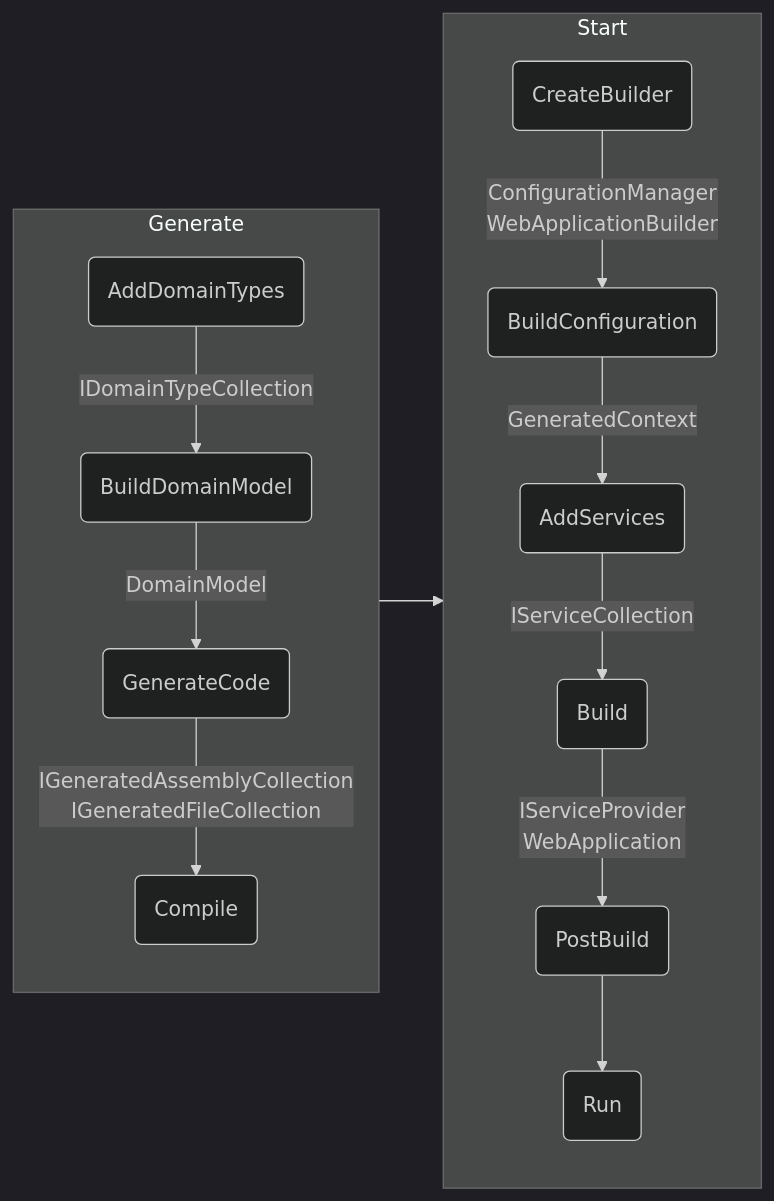
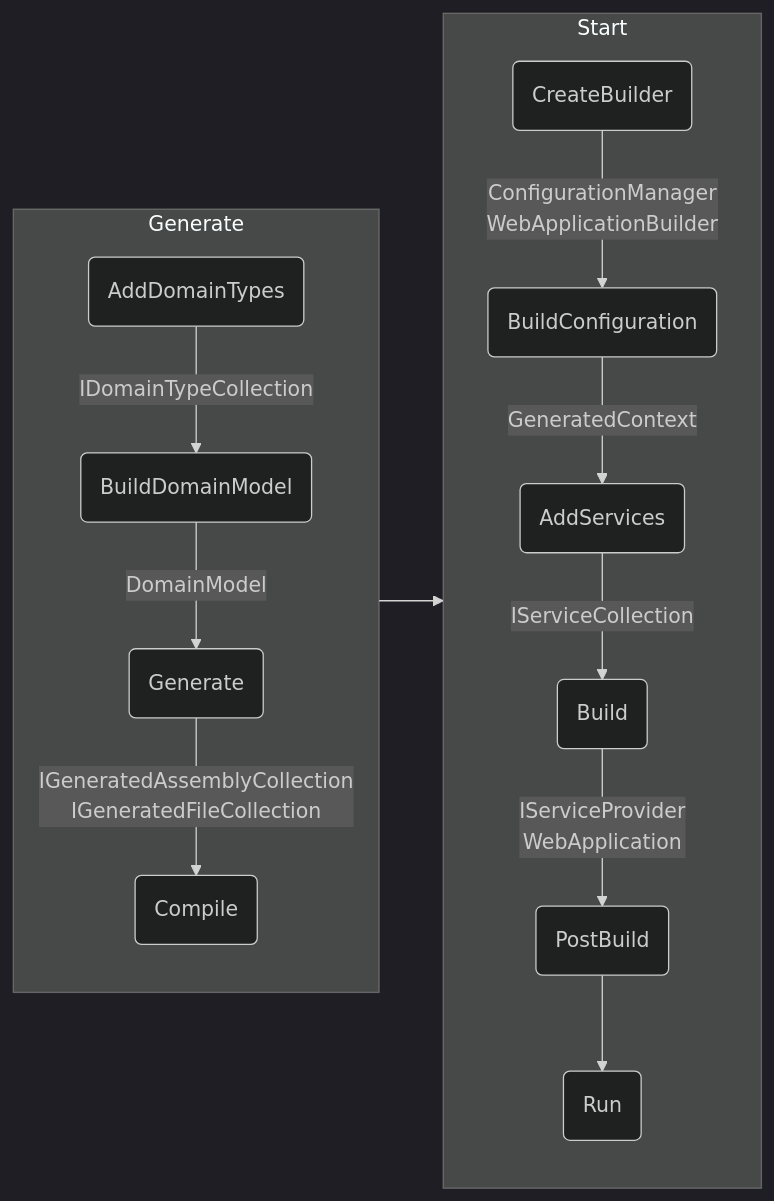
The diagram in docs/recipes/monolith.md (dncsvr/baked), drawn with Mermaid (dark theme) before and after one commit. The commit also changed 6 other files, not shown here.

Commit message:
fix generate code phase renaming in docs

````diff
--- a/docs/recipes/monolith.md
+++ b/docs/recipes/monolith.md
@@ -106,31 +106,30 @@
 ```mermaid
 flowchart LR;
+  subgraph Generate
+    AD(AddDomainTypes)
+    BD(BuildDomainModel)
+    G(Generate)
+    C(Compile)
 
-    subgraph Generate
-      AD(AddDomainTypes)
-      BD(BuildDomainModel)
-      GC(GenerateCode)
-      C(Compile)
+    AD -->|IDomainTypeCollection| BD
+    BD -->|DomainModel| G
+    G -->|IGeneratedAssemblyCollection<br/>IGeneratedFileCollection| C
+  end
 
-      AD -->|IDomainTypeCollection| BD
-      BD -->|DomainModel| GC
-      GC -->|IGeneratedAssemblyCollection<br/>IGeneratedFileCollection| C
-    end
+  subgraph Start
+    CB(CreateBuilder)
+    BC(BuildConfiguration)
+    AS(AddServices)
+    B(Build)
+    PB(PostBuild)
+    R(Run)
 
-    subgraph Start
-      CB(CreateBuilder)
-      BC(BuildConfiguration)
-      AS(AddServices)
-      B(Build)
-      PB(PostBuild)
-      R(Run)
+    CB -->|ConfigurationManager<br/>WebApplicationBuilder| BC
+    BC -->|GeneratedContext| AS
+    AS -->|IServiceCollection| B
+    B -->|IServiceProvider<br/>WebApplication| PB
+    PB --> R
+  end
 
-      CB -->|ConfigurationManager<br/>WebApplicationBuilder| BC
-      BC -->|GeneratedContext| AS
-      AS -->|IServiceCollection| B
-      B -->|IServiceProvider<br/>WebApplication| PB
-      PB --> R
-    end
-
-    Generate --> Start
+  Generate --> Start
 ```
````
